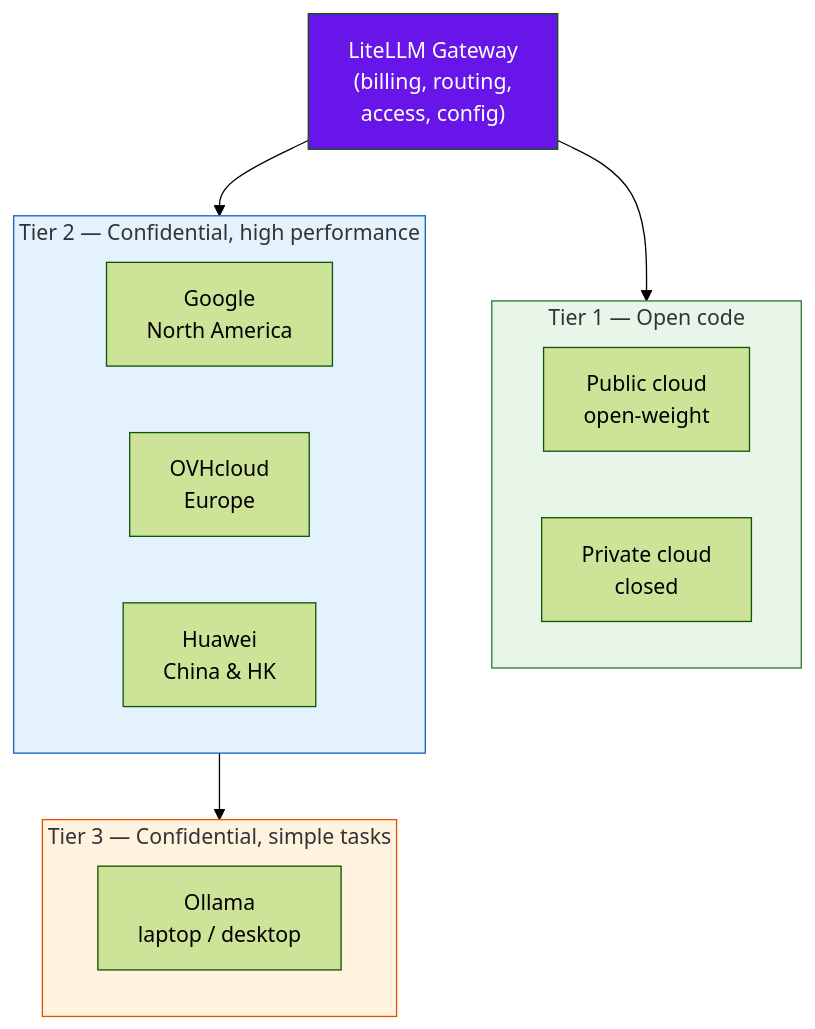
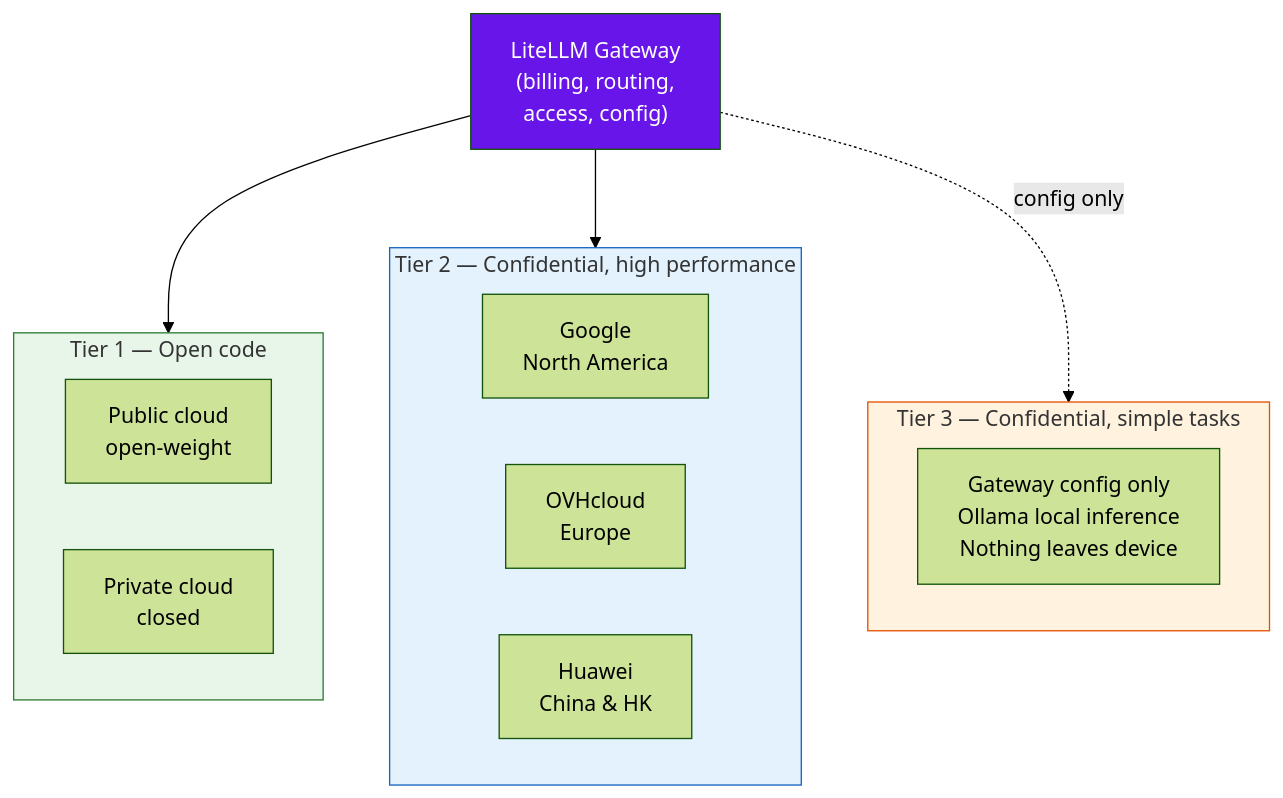
One commit to davidinux/pub changed the diagram in conferences/sfscon26/diagrams/tier-architecture.mmd. Above: the diagram before and after it, drawn with Mermaid (forest theme). The commit also changed 10 other files, not shown here.

```diff
--- a/conferences/sfscon26/diagrams/tier-architecture.mmd
+++ b/conferences/sfscon26/diagrams/tier-architecture.mmd
@@ -1,29 +1,29 @@
 graph TB
     subgraph T1["Tier 1 — Open code"]
         direction LR
         T1A["Public cloud<br/>open-weight"]
         T1B["Private cloud<br/>closed"]
     end
 
     GW["LiteLLM Gateway<br/>(billing, routing,<br/>access, config)"]
 
     subgraph T2["Tier 2 — Confidential, high performance"]
         direction LR
         N1["Google<br/>North America"]
         N2["OVHcloud<br/>Europe"]
         N3["Huawei<br/>China & HK"]
     end
 
     subgraph T3["Tier 3 — Confidential, simple tasks"]
         direction LR
-        T3A["Ollama<br/>laptop / desktop"]
+        T3A["Gateway config only<br/>Ollama local inference<br/>Nothing leaves device"]
     end
 
     GW --> T1
     GW --> T2
-    T2 --> T3
+    GW -. config only .-> T3
 
     style T1 fill:#e8f5e9,stroke:#2e7d32
     style T2 fill:#e3f2fd,stroke:#1565c0
     style T3 fill:#fff3e0,stroke:#e65100
     style GW fill:#6715E8,color:#fff
```
